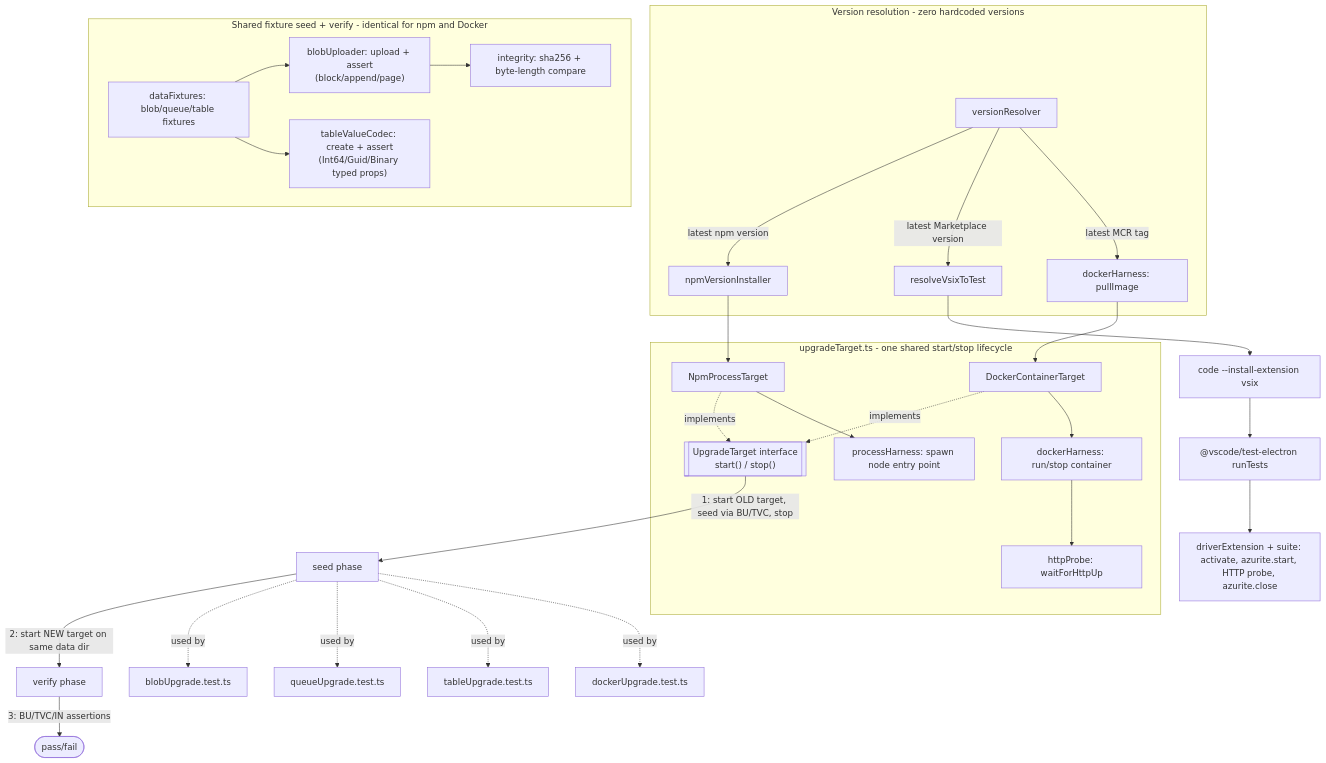
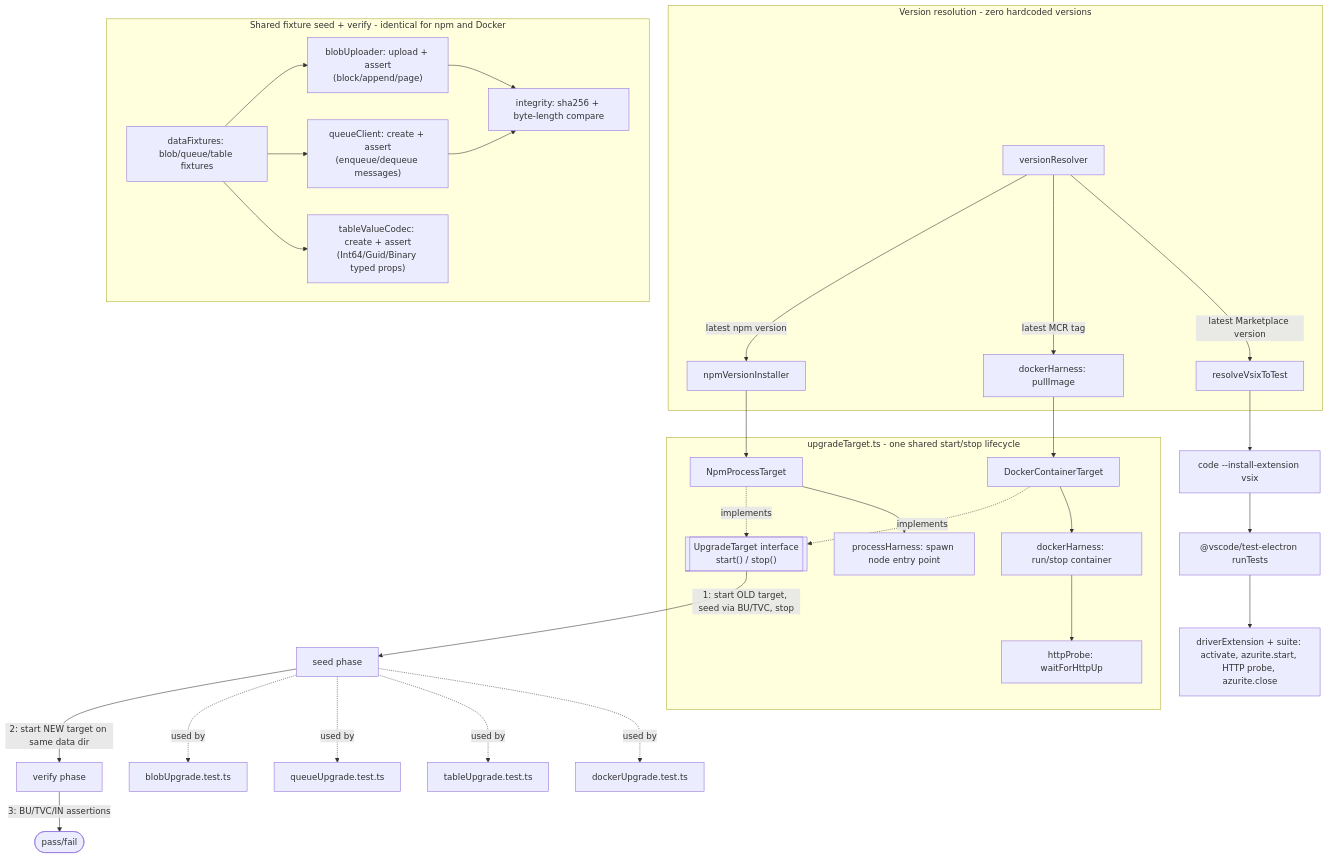
Before and after one commit to Azure/Azurite: the diagram in docs/designs/2026-08-upgrade-compatibility-testing.md, drawn with Mermaid. The commit also changed other lines of this file, not shown here.

````diff
--- a/docs/designs/2026-08-upgrade-compatibility-testing.md
+++ b/docs/designs/2026-08-upgrade-compatibility-testing.md
@@ -44,38 +41,40 @@
 ```mermaid
 flowchart TD
     subgraph Resolve["Version resolution - zero hardcoded versions"]
         VR[versionResolver]
         VR -->|latest npm version| NI[npmVersionInstaller]
+        VR -->|latest MCR tag| PI["dockerHarness: pullImage"]
         VR -->|latest Marketplace version| RV[resolveVsixToTest]
-        VR -->|latest MCR tag| PI["dockerHarness: pullImage"]
     end
 
     subgraph Targets["upgradeTarget.ts - one shared start/stop lifecycle"]
         UT[["UpgradeTarget interface\nstart() / stop()"]]
         NI --> NPT[NpmProcessTarget] -.implements.-> UT
         PI --> DCT[DockerContainerTarget] -.implements.-> UT
         NPT --> PH[processHarness: spawn node entry point]
         DCT --> DH[dockerHarness: run/stop container]
         DH --> HP[httpProbe: waitForHttpUp]
     end
 
     subgraph Fixtures["Shared fixture seed + verify - identical for npm and Docker"]
         DF[dataFixtures: blob/queue/table fixtures]
         DF --> BU["blobUploader: upload + assert\n(block/append/page)"]
+        DF --> QM["queueClient: create + assert\n(enqueue/dequeue messages)"]
         DF --> TVC["tableValueCodec: create + assert\n(Int64/Guid/Binary typed props)"]
         BU --> IN[integrity: sha256 + byte-length compare]
+        QM --> IN
     end
 
     UT -->|"1: start OLD target, seed via BU/TVC, stop"| Seed[seed phase]
     Seed -->|"2: start NEW target on same data dir"| Verify[verify phase]
     Verify -->|"3: BU/TVC/IN assertions"| Result([pass/fail])
 
     Seed -.used by.-> BT[blobUpgrade.test.ts]
     Seed -.used by.-> QT[queueUpgrade.test.ts]
     Seed -.used by.-> TT[tableUpgrade.test.ts]
     Seed -.used by.-> DT[dockerUpgrade.test.ts]
 
     RV --> INSTALL["code --install-extension vsix"]
     INSTALL --> RUNTESTS["@vscode/test-electron runTests"]
     RUNTESTS --> DRIVER[driverExtension + suite: activate, azurite.start, HTTP probe, azurite.close]
 ```
````
